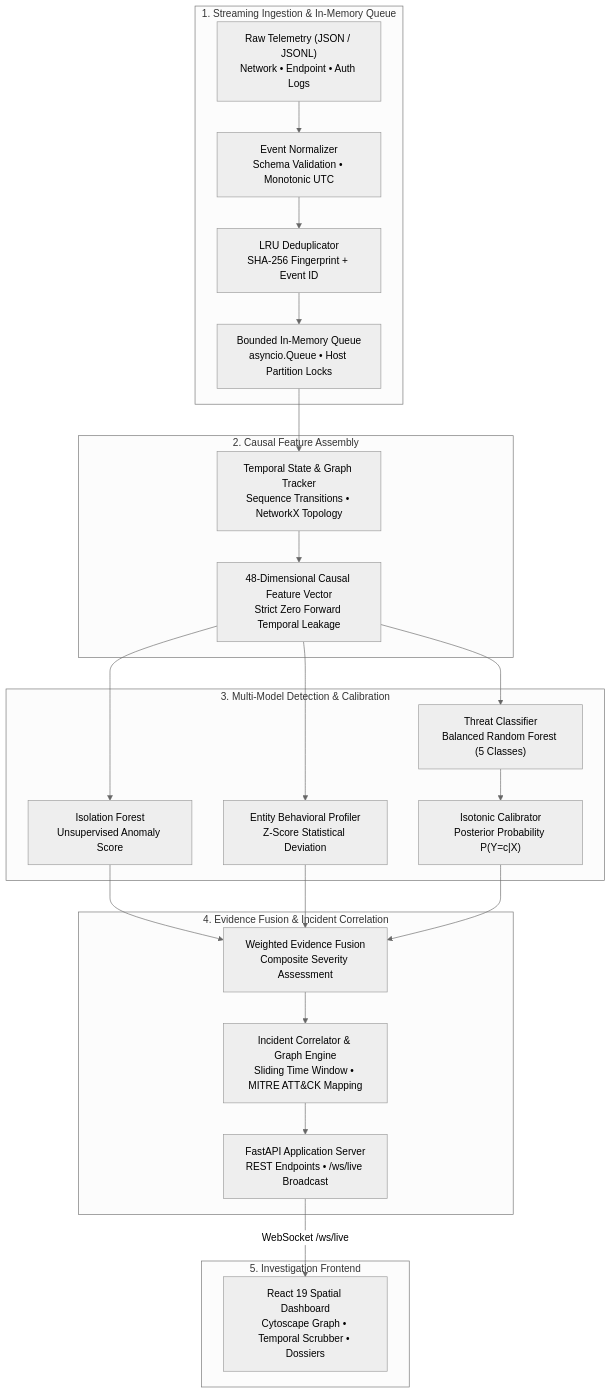
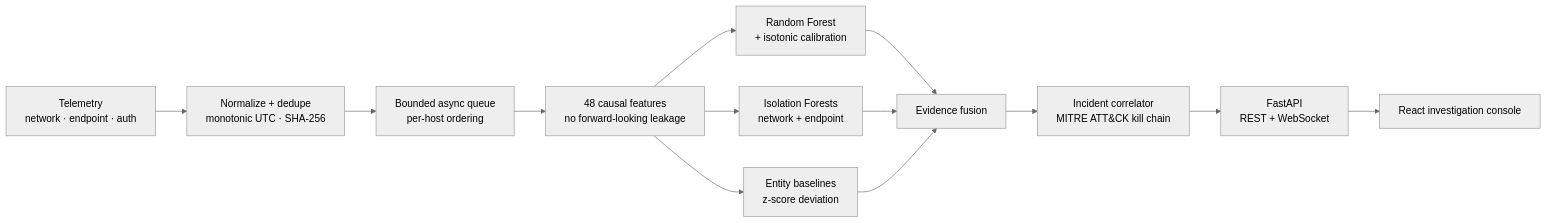
Before and after one commit to akashcodes23/AEGIS-ML: the diagram in README.md, drawn with Mermaid (neutral theme). The commit also changed other lines of this file, not shown here.

Commit message:
docs(readme): polish GitHub presentation, structure, and evidence tour

````diff
--- a/README.md
+++ b/README.md
@@ -91,30 +118,15 @@
 ```mermaid
-flowchart TD
-    subgraph Ingestion ["1. Streaming Ingestion & In-Memory Queue"]
-        Raw["Raw Telemetry (JSON / JSONL)<br/>Network • Endpoint • Auth Logs"] --> Norm["Event Normalizer<br/>Schema Validation • Monotonic UTC"]
-        Norm --> Dedup["LRU Deduplicator<br/>SHA-256 Fingerprint + Event ID"]
-        Dedup --> Queue["Bounded In-Memory Queue<br/>asyncio.Queue • Host Partition Locks"]
-    end
-
-    subgraph Featurization ["2. Causal Feature Assembly"]
-        Queue --> State["Temporal State & Graph Tracker<br/>Sequence Transitions • NetworkX Topology"]
-        State --> Vector["48-Dimensional Causal Feature Vector<br/>Strict Zero Forward Temporal Leakage"]
-    end
-
-    subgraph Detection ["3. Multi-Model Detection & Calibration"]
-        Vector --> IF["Isolation Forest<br/>Unsupervised Anomaly Score"]
-        Vector --> Drift["Entity Behavioral Profiler<br/>Z-Score Statistical Deviation"]
-        Vector --> RF["Threat Classifier<br/>Balanced Random Forest (5 Classes)"]
-        RF --> Calib["Isotonic Calibrator<br/>Posterior Probability P(Y=c|X)"]
-    end
-
-    subgraph Correlation ["4. Evidence Fusion & Incident Correlation"]
-        IF & Drift & Calib --> Fusion["Weighted Evidence Fusion<br/>Composite Severity Assessment"]
-        Fusion --> Correlator["Incident Correlator & Graph Engine<br/>Sliding Time Window • MITRE ATT&CK Mapping"]
-        Correlator --> API["FastAPI Application Server<br/>REST Endpoints • /ws/live Broadcast"]
-    end
-
-    subgraph SOC ["5. Investigation Frontend"]
-        API -->|WebSocket /ws/live| UI["React 19 Spatial Dashboard<br/>Cytoscape Graph • Temporal Scrubber • Dossiers"]
-    end
+flowchart LR
+    A["Telemetry<br/>network · endpoint · auth"] --> B["Normalize + dedupe<br/>monotonic UTC · SHA-256"]
+    B --> C["Bounded async queue<br/>per-host ordering"]
+    C --> D["48 causal features<br/>no forward-looking leakage"]
+    D --> E1["Random Forest<br/>+ isotonic calibration"]
+    D --> E2["Isolation Forests<br/>network + endpoint"]
+    D --> E3["Entity baselines<br/>z-score deviation"]
+    E1 --> F["Evidence fusion"]
+    E2 --> F
+    E3 --> F
+    F --> G["Incident correlator<br/>MITRE ATT&CK kill chain"]
+    G --> H["FastAPI<br/>REST + WebSocket"]
+    H --> I["React investigation console"]
 ```
````
